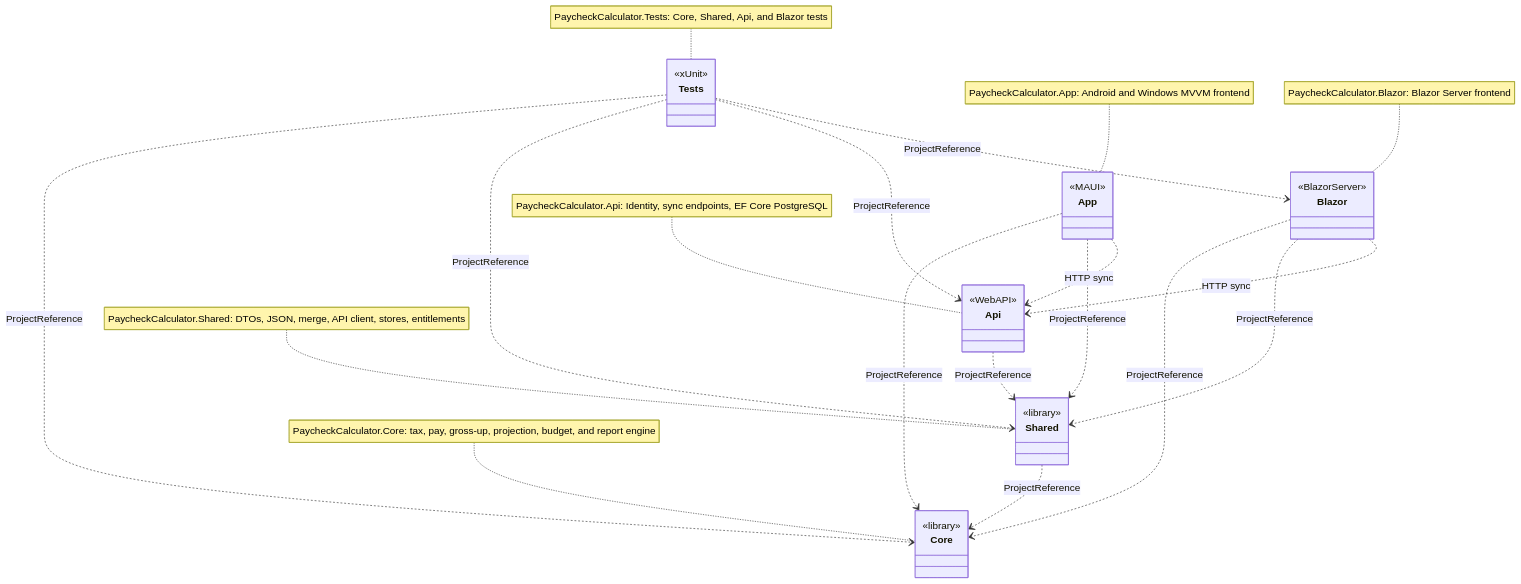
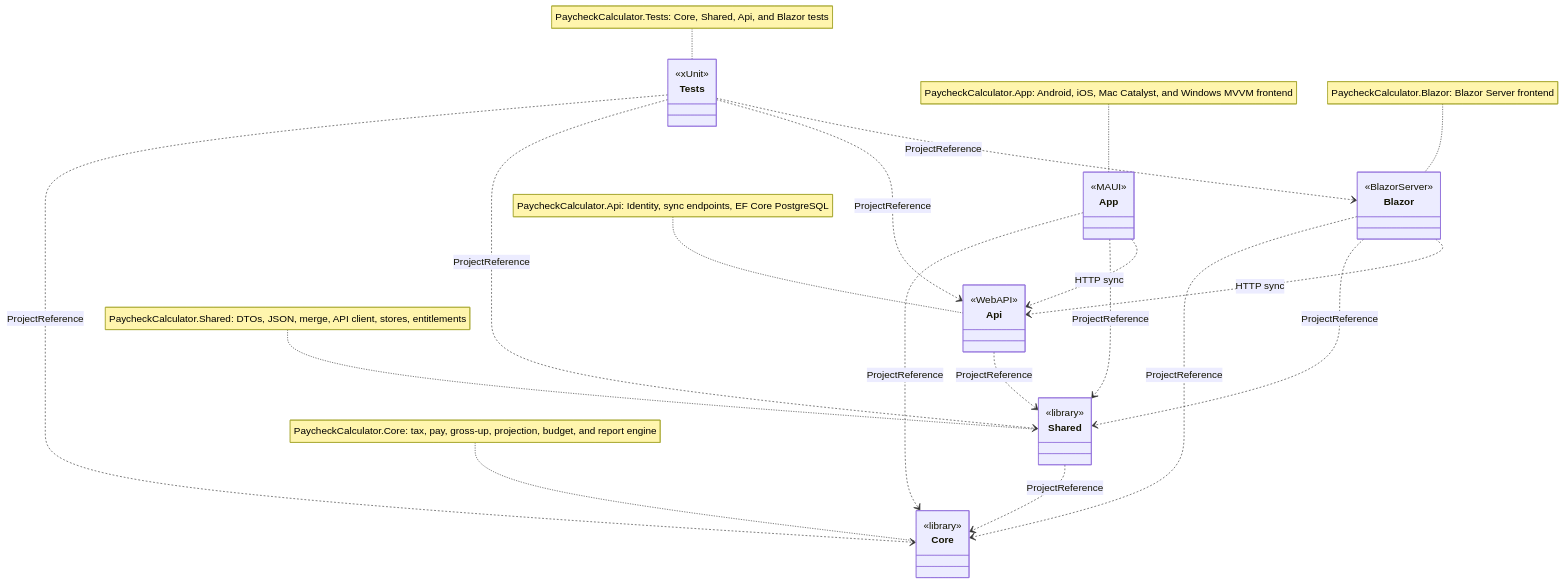
Before and after one commit to Fibonacci-0112/PaycheckCalculator: the first of 9 diagrams in docs/class-diagram.md, drawn with Mermaid. The commit also changed 10 other files, not shown here.

````diff
--- a/docs/class-diagram.md
+++ b/docs/class-diagram.md
@@ -9,38 +9,38 @@
 ```mermaid
 classDiagram
     direction TB
 
     class Core
     class Shared
     class App
     class Blazor
     class Api
     class Tests
 
     <<library>> Core
     <<library>> Shared
     <<MAUI>> App
     <<BlazorServer>> Blazor
     <<WebAPI>> Api
     <<xUnit>> Tests
 
     note for Core "PaycheckCalculator.Core: tax, pay, gross-up, projection, budget, and report engine"
     note for Shared "PaycheckCalculator.Shared: DTOs, JSON, merge, API client, stores, entitlements"
-    note for App "PaycheckCalculator.App: Android and Windows MVVM frontend"
+    note for App "PaycheckCalculator.App: Android, iOS, Mac Catalyst, and Windows MVVM frontend"
     note for Blazor "PaycheckCalculator.Blazor: Blazor Server frontend"
     note for Api "PaycheckCalculator.Api: Identity, sync endpoints, EF Core PostgreSQL"
     note for Tests "PaycheckCalculator.Tests: Core, Shared, Api, and Blazor tests"
 
     Shared ..> Core : ProjectReference
     App ..> Core : ProjectReference
     App ..> Shared : ProjectReference
     Blazor ..> Core : ProjectReference
     Blazor ..> Shared : ProjectReference
     Api ..> Shared : ProjectReference
     Tests ..> Core : ProjectReference
     Tests ..> Shared : ProjectReference
     Tests ..> Api : ProjectReference
     Tests ..> Blazor : ProjectReference
     App ..> Api : HTTP sync
     Blazor ..> Api : HTTP sync
 ```
````
